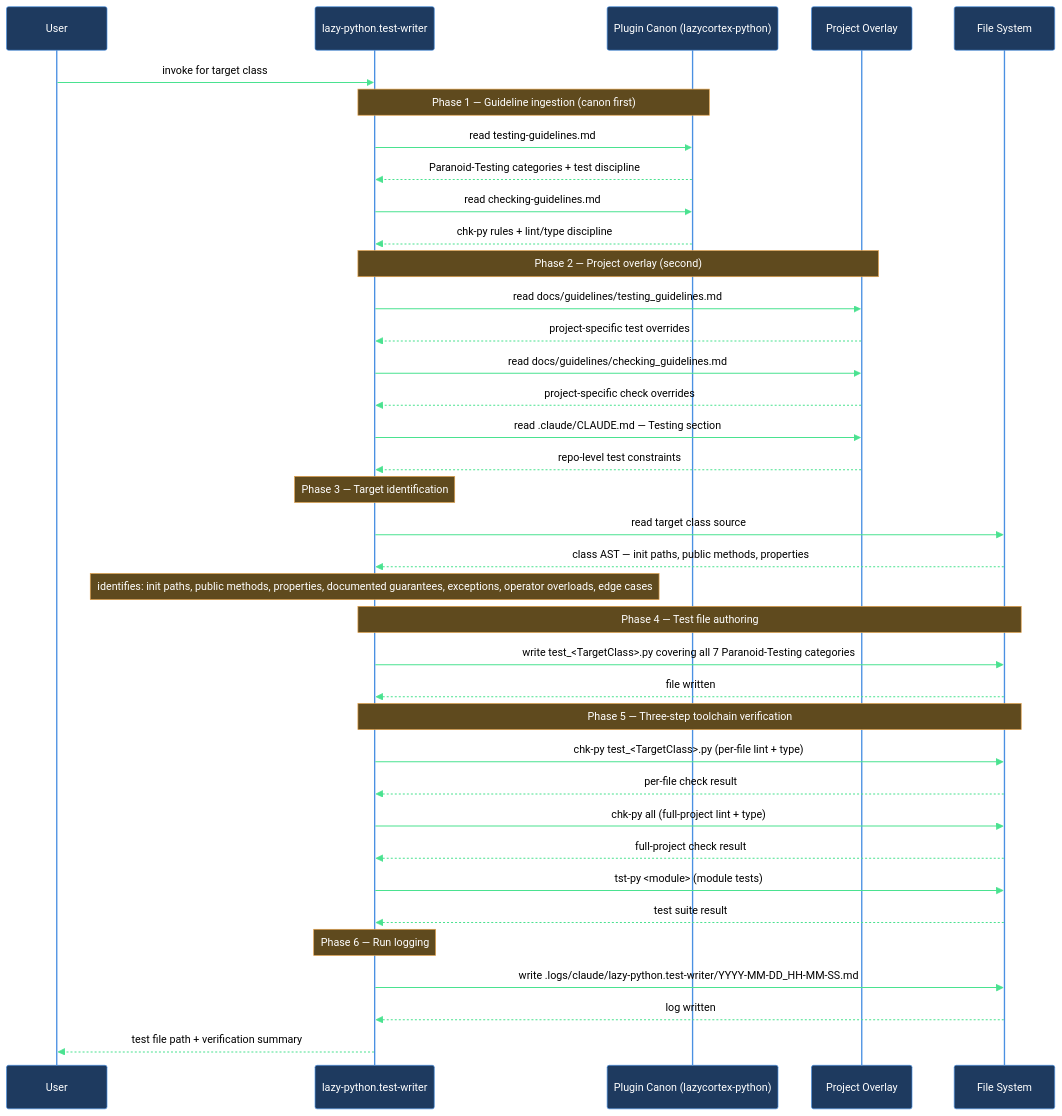
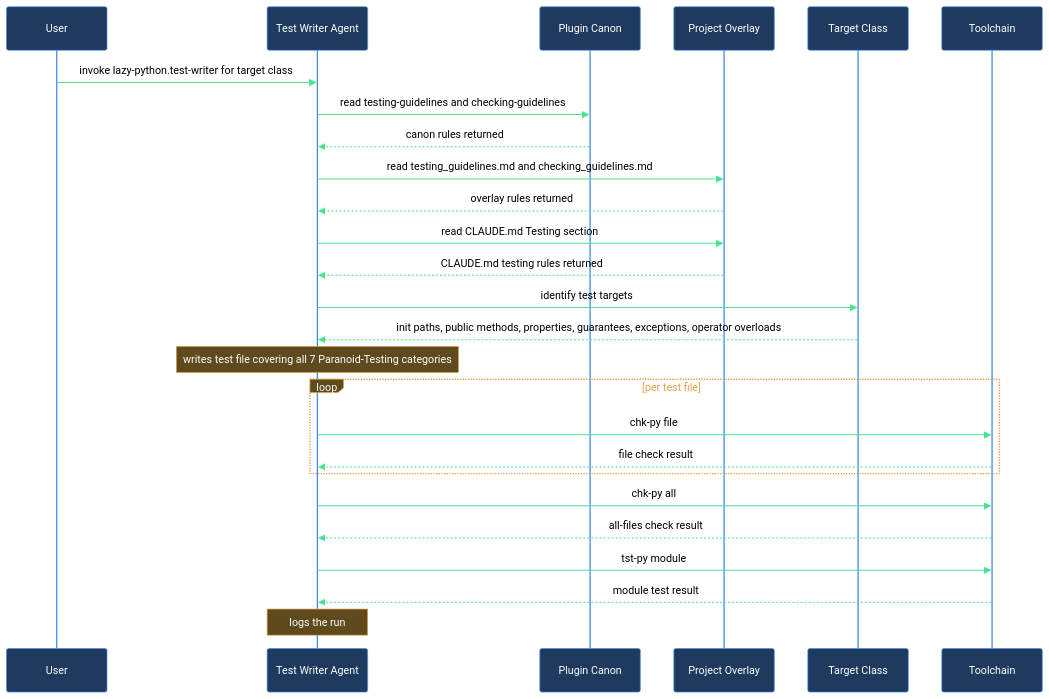
The diagram in claude/lazycortex-python/help/walkthroughs/write-tests-for-new-class.md (mebius-san/lazy-cortex), drawn with Mermaid before and after one commit. The commit also changed other lines of this file and 40 other files, not shown here.

````diff
--- a/claude/lazycortex-python/help/walkthroughs/write-tests-for-new-class.md
+++ b/claude/lazycortex-python/help/walkthroughs/write-tests-for-new-class.md
@@ -170,47 +171,30 @@
 ```mermaid
 %%{init: {'themeVariables':{'background':'transparent','primaryColor':'#1e3a5f','primaryBorderColor':'#4a90e2','primaryTextColor':'#fff','lineColor':'#4ae290','actorBkg':'#1e3a5f','actorBorder':'#4a90e2','actorTextColor':'#fff','actorLineColor':'#4a90e2','signalColor':'#4ae290','signalTextColor':'#000','noteBkgColor':'#5f4a1e','noteBorderColor':'#e2a14a','noteTextColor':'#fff','labelBoxBkgColor':'#5f4a1e','labelBoxBorderColor':'#e2a14a','labelTextColor':'#fff','loopTextColor':'#e2a14a'},'sequence':{'diagramPadding':5,'useMaxWidth':true}}}%%
 sequenceDiagram
   participant user as User
-  participant agent as lazy-python.test-writer
-  participant canon as Plugin Canon (lazycortex-python)
+  participant testWriter as Test Writer Agent
+  participant canon as Plugin Canon
   participant overlay as Project Overlay
-  participant fs as File System
+  participant targetClass as Target Class
+  participant toolchain as Toolchain
 
-  user->>agent: invoke for target class
-
-  Note over agent,canon: Phase 1 — Guideline ingestion (canon first)
-  agent->>canon: read testing-guidelines.md
-  canon-->>agent: Paranoid-Testing categories + test discipline
-  agent->>canon: read checking-guidelines.md
-  canon-->>agent: chk-py rules + lint/type discipline
-
-  Note over agent,overlay: Phase 2 — Project overlay (second)
-  agent->>overlay: read docs/guidelines/testing_guidelines.md
-  overlay-->>agent: project-specific test overrides
-  agent->>overlay: read docs/guidelines/checking_guidelines.md
-  overlay-->>agent: project-specific check overrides
-  agent->>overlay: read .claude/CLAUDE.md — Testing section
-  overlay-->>agent: repo-level test constraints
-
-  Note over agent: Phase 3 — Target identification
-  agent->>fs: read target class source
-  fs-->>agent: class AST — init paths, public methods, properties
-  Note over agent: identifies: init paths, public methods, properties, documented guarantees, exceptions, operator overloads, edge cases
-
-  Note over agent,fs: Phase 4 — Test file authoring
-  agent->>fs: write test_<TargetClass>.py covering all 7 Paranoid-Testing categories
-  fs-->>agent: file written
-
-  Note over agent,fs: Phase 5 — Three-step toolchain verification
-  agent->>fs: chk-py test_<TargetClass>.py (per-file lint + type)
-  fs-->>agent: per-file check result
-  agent->>fs: chk-py all (full-project lint + type)
-  fs-->>agent: full-project check result
-  agent->>fs: tst-py <module> (module tests)
-  fs-->>agent: test suite result
-
-  Note over agent: Phase 6 — Run logging
-  agent->>fs: write .logs/claude/lazy-python.test-writer/YYYY-MM-DD_HH-MM-SS.md
-  fs-->>agent: log written
-  agent-->>user: test file path + verification summary
+  user->>testWriter: invoke lazy-python.test-writer for target class
+  testWriter->>canon: read testing-guidelines and checking-guidelines
+  canon-->>testWriter: canon rules returned
+  testWriter->>overlay: read testing_guidelines.md and checking_guidelines.md
+  overlay-->>testWriter: overlay rules returned
+  testWriter->>overlay: read CLAUDE.md Testing section
+  overlay-->>testWriter: CLAUDE.md testing rules returned
+  testWriter->>targetClass: identify test targets
+  targetClass-->>testWriter: init paths, public methods, properties, guarantees, exceptions, operator overloads
+  Note over testWriter: writes test file covering all 7 Paranoid-Testing categories
+  loop per test file
+    testWriter->>toolchain: chk-py file
+    toolchain-->>testWriter: file check result
+  end
+  testWriter->>toolchain: chk-py all
+  toolchain-->>testWriter: all-files check result
+  testWriter->>toolchain: tst-py module
+  toolchain-->>testWriter: module test result
+  Note over testWriter: logs the run
 ```
````
